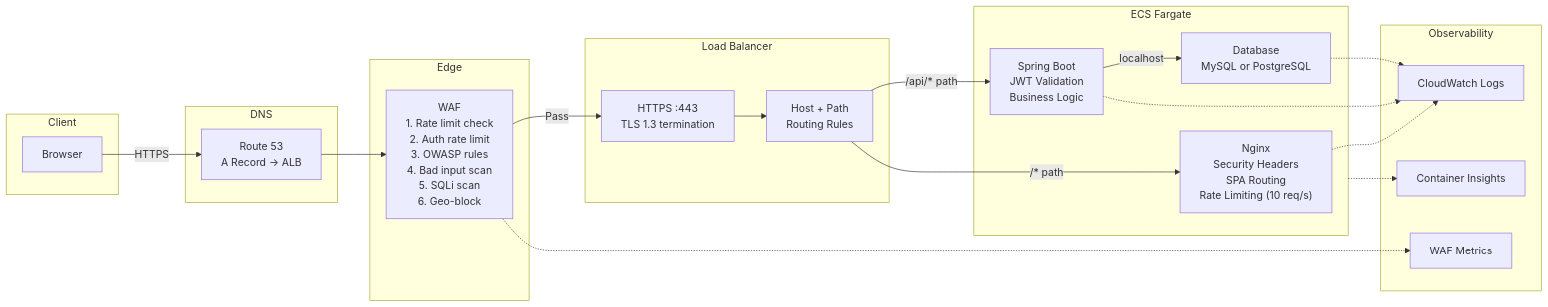
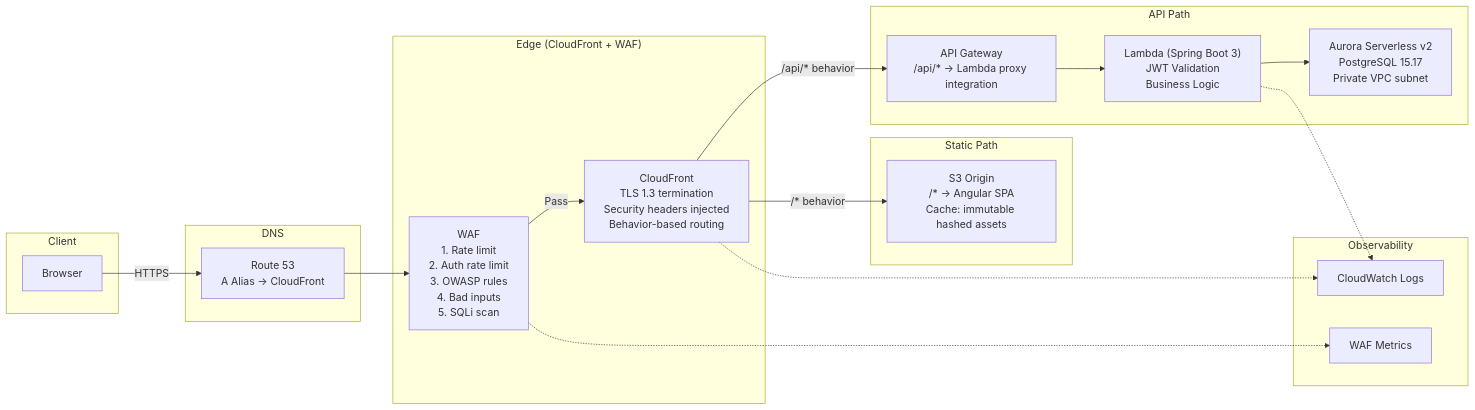
One commit to clark22134/MyPortfolioWebsite changed diagram 13 of 13 in docs/ARCHITECTURE.md. Above: the diagram before and after it, drawn with Mermaid. The commit also changed other lines of this file and 96 other files, not shown here.

````diff
--- a/docs/ARCHITECTURE.md
+++ b/docs/ARCHITECTURE.md
@@ -730,45 +724,41 @@
 ```mermaid
 graph LR
     subgraph Client
         B["Browser"]
     end
 
     subgraph DNS
-        R53["Route 53<br/>A Record → ALB"]
+        R53["Route 53<br/>A Alias → CloudFront"]
     end
 
-    subgraph Edge
-        WAF["WAF<br/>1. Rate limit check<br/>2. Auth rate limit<br/>3. OWASP rules<br/>4. Bad input scan<br/>5. SQLi scan<br/>6. Geo-block"]
+    subgraph Edge["Edge (CloudFront + WAF)"]
+        WAF["WAF<br/>1. Rate limit<br/>2. Auth rate limit<br/>3. OWASP rules<br/>4. Bad inputs<br/>5. SQLi scan"]
+        CF["CloudFront<br/>TLS 1.3 termination<br/>Security headers injected<br/>Behavior-based routing"]
     end
 
-    subgraph LB["Load Balancer"]
-        HTTPS["HTTPS :443<br/>TLS 1.3 termination"]
-        Rules["Host + Path<br/>Routing Rules"]
+    subgraph StaticPath["Static Path"]
+        S3["S3 Origin<br/>/* → Angular SPA<br/>Cache: immutable hashed assets"]
     end
 
-    subgraph Compute["ECS Fargate"]
-        NGX["Nginx<br/>Security Headers<br/>SPA Routing<br/>Rate Limiting (10 req/s)"]
-        SB["Spring Boot<br/>JWT Validation<br/>Business Logic"]
-        DB["Database<br/>MySQL or PostgreSQL"]
+    subgraph APIPath["API Path"]
+        APIGW["API Gateway<br/>/api/* → Lambda proxy integration"]
+        L["Lambda (Spring Boot 3)<br/>JWT Validation<br/>Business Logic"]
+        DB["Aurora Serverless v2<br/>PostgreSQL 15.17<br/>Private VPC subnet"]
     end
 
     subgraph Obs["Observability"]
         CW["CloudWatch Logs"]
-        CI["Container Insights"]
         WM["WAF Metrics"]
     end
 
     B -->|"HTTPS"| R53
     R53 --> WAF
-    WAF -->|"Pass"| HTTPS
-    HTTPS --> Rules
-    Rules -->|"/* path"| NGX
-    Rules -->|"/api/* path"| SB
-    SB -->|"localhost"| DB
-
-    NGX -.-> CW
-    SB -.-> CW
-    DB -.-> CW
+    WAF -->|"Pass"| CF
+    CF -->|"/* behavior"| S3
+    CF -->|"/api/* behavior"| APIGW
+    APIGW --> L
+    L --> DB
+    L -.-> CW
     WAF -.-> WM
-    Compute -.-> CI
+    CF -.-> CW
 ```
````
